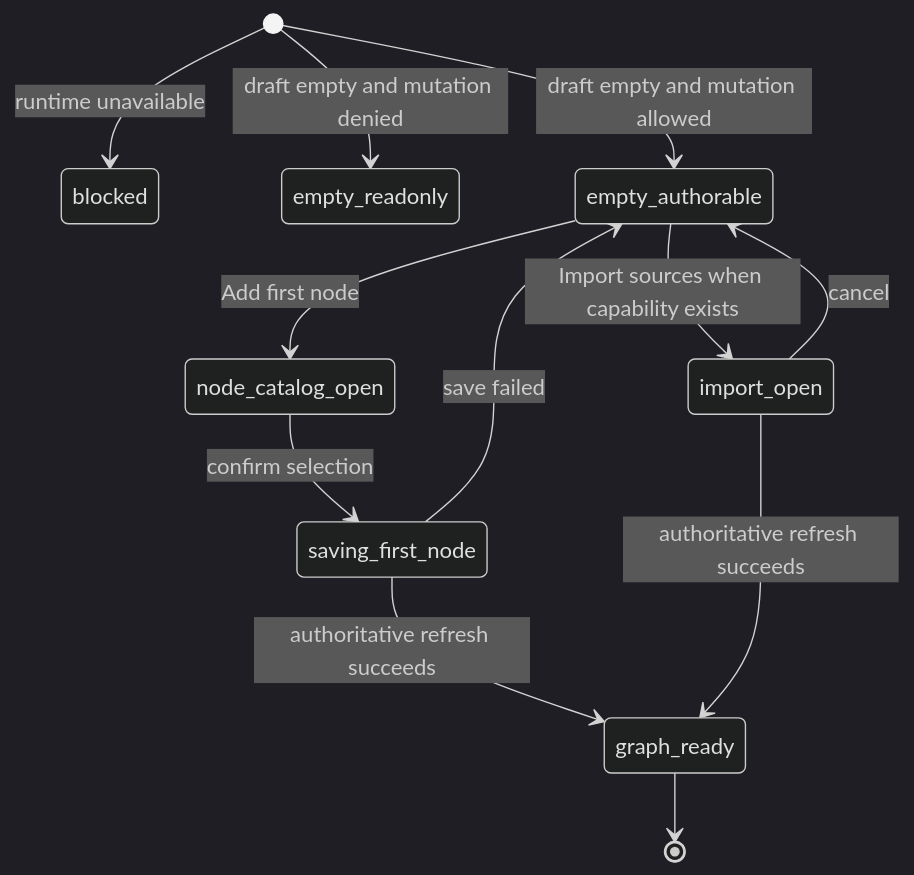
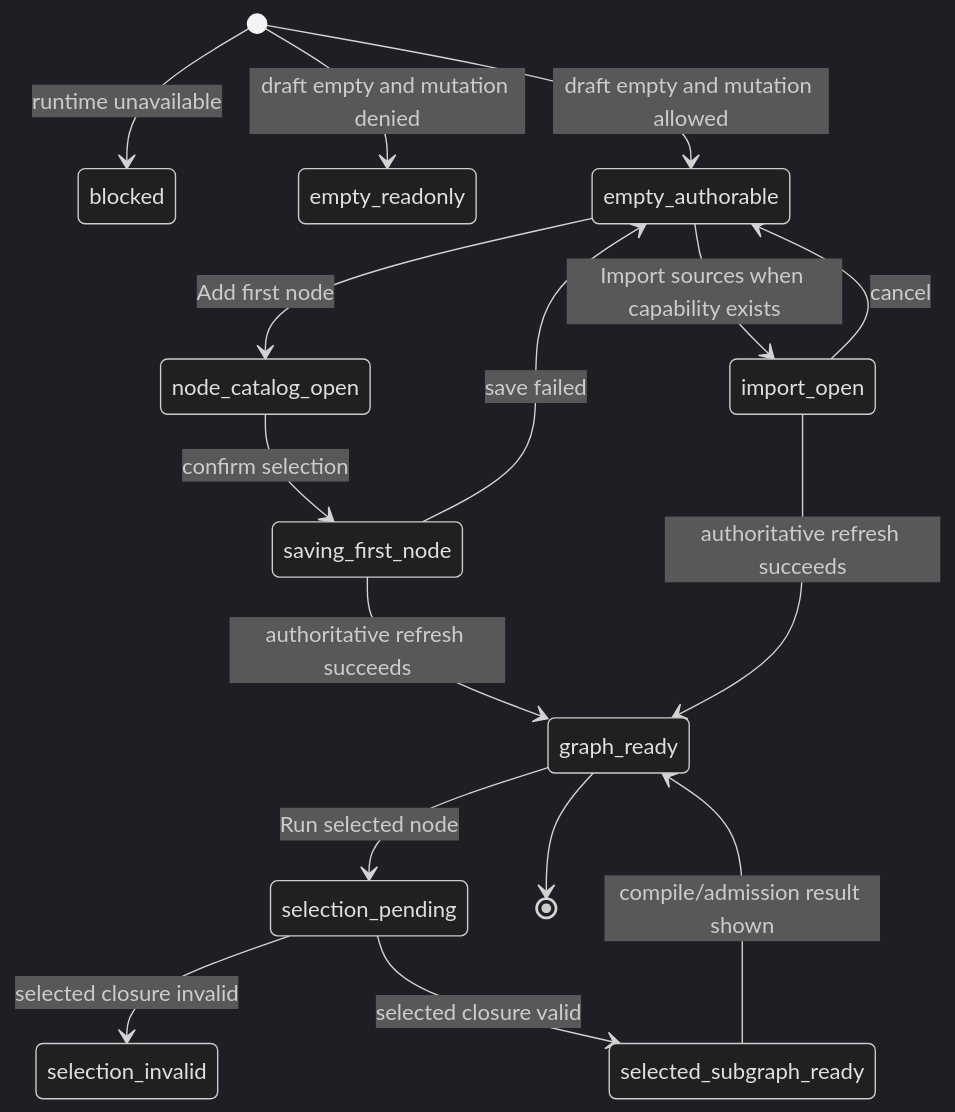
The third of 4 diagrams in docs/planning/proposals/mandatory/frontend-and-ux/tf-e2-canvas-empty-authoring-entrypoint-design-20260422.md (dunay2/dvt), drawn with Mermaid (dark theme) before and after one commit. The commit also changed other lines of this file and 15 other files, not shown here.

````diff
--- a/docs/planning/proposals/mandatory/frontend-and-ux/tf-e2-canvas-empty-authoring-entrypoint-design-20260422.md
+++ b/docs/planning/proposals/mandatory/frontend-and-ux/tf-e2-canvas-empty-authoring-entrypoint-design-20260422.md
@@ -291,14 +327,18 @@
 ```mermaid
 stateDiagram-v2
   [*] --> blocked: runtime unavailable
   [*] --> empty_readonly: draft empty and mutation denied
   [*] --> empty_authorable: draft empty and mutation allowed
   empty_authorable --> node_catalog_open: Add first node
   empty_authorable --> import_open: Import sources when capability exists
   node_catalog_open --> saving_first_node: confirm selection
   saving_first_node --> empty_authorable: save failed
   saving_first_node --> graph_ready: authoritative refresh succeeds
   import_open --> empty_authorable: cancel
   import_open --> graph_ready: authoritative refresh succeeds
+  graph_ready --> selection_pending: Run selected node
+  selection_pending --> selection_invalid: selected closure invalid
+  selection_pending --> selected_subgraph_ready: selected closure valid
+  selected_subgraph_ready --> graph_ready: compile/admission result shown
   graph_ready --> [*]
 ```
````
